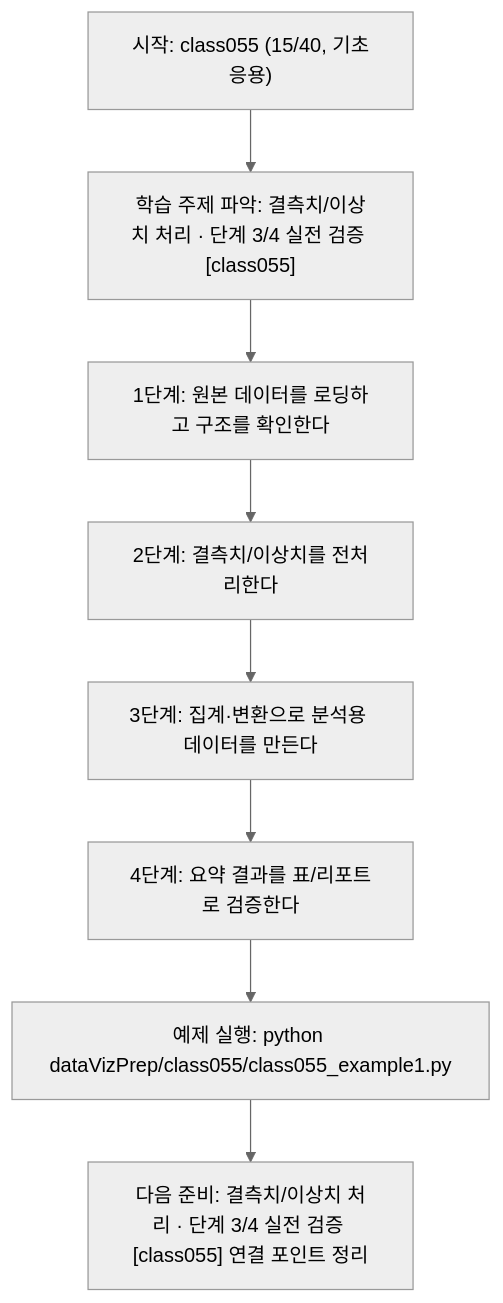
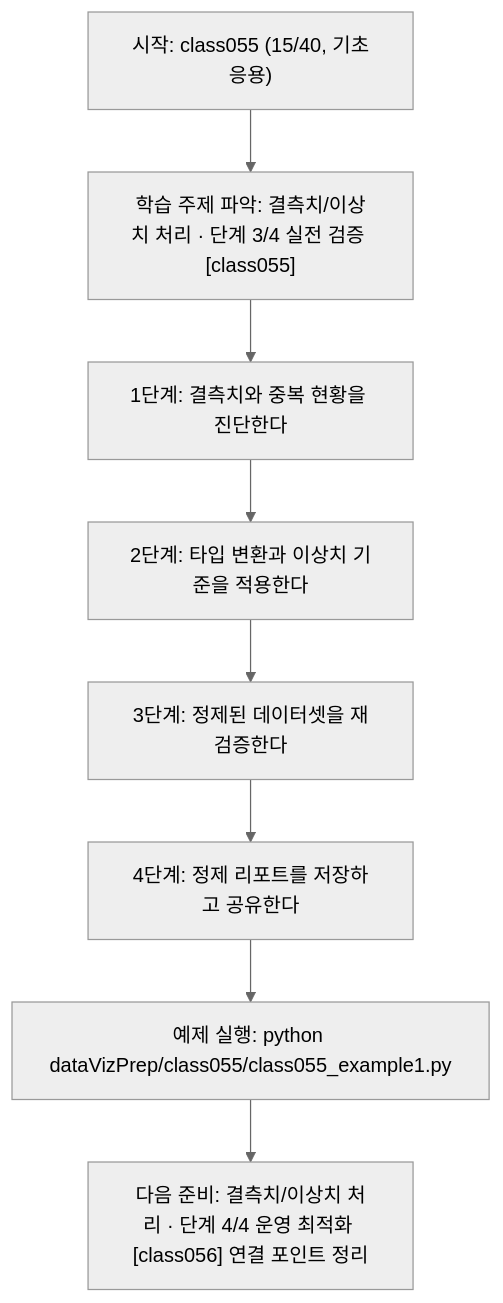
Before and after one commit to edumgt/Python-AI_Agent-Class: the diagram in dataVizPrep/class055/class055.md, drawn with Mermaid (neutral theme). The commit also changed other lines of this file and 283 other files, not shown here.

````diff
--- a/dataVizPrep/class055/class055.md
+++ b/dataVizPrep/class055/class055.md
@@ -111,18 +92,18 @@
 ```mermaid
 flowchart TD
 N1["시작: class055 (15/40, 기초응용)"]
 N2["학습 주제 파악: 결측치/이상치 처리 · 단계 3/4 실전 검증 [class055]"]
-N3["1단계: 원본 데이터를 로딩하고 구조를 확인한다"]
-N4["2단계: 결측치/이상치를 전처리한다"]
-N5["3단계: 집계·변환으로 분석용 데이터를 만든다"]
-N6["4단계: 요약 결과를 표/리포트로 검증한다"]
+N3["1단계: 결측치와 중복 현황을 진단한다"]
+N4["2단계: 타입 변환과 이상치 기준을 적용한다"]
+N5["3단계: 정제된 데이터셋을 재검증한다"]
+N6["4단계: 정제 리포트를 저장하고 공유한다"]
 N7["예제 실행: python dataVizPrep/class055/class055_example1.py"]
-N8["다음 준비: 결측치/이상치 처리 · 단계 3/4 실전 검증 [class055] 연결 포인트 정리"]
+N8["다음 준비: 결측치/이상치 처리 · 단계 4/4 운영 최적화 [class056] 연결 포인트 정리"]
 N1 --> N2
 N2 --> N3
 N3 --> N4
 N4 --> N5
 N5 --> N6
 N6 --> N7
 N7 --> N8
 ```
````
